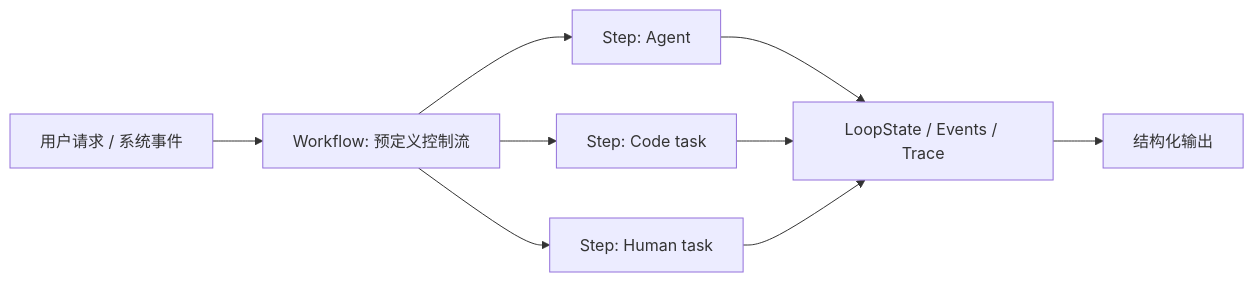
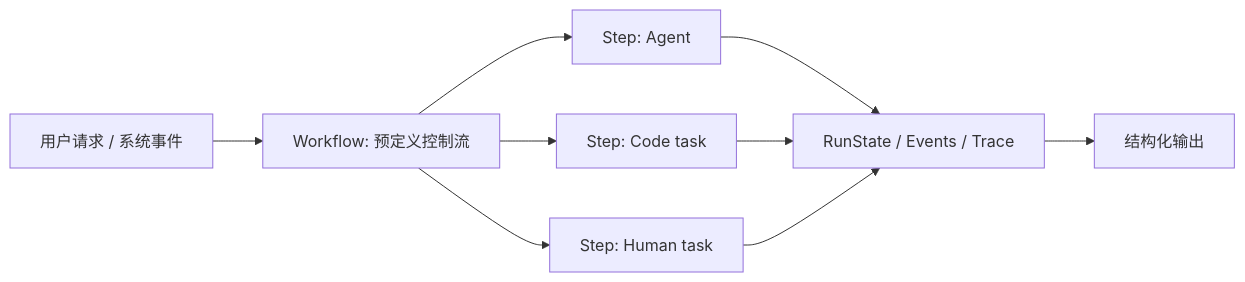
One commit to pqpo/pragma changed the first of 6 diagrams in docs/usage/workflow-patterns.md. Above: the diagram before and after it, drawn with Mermaid. The commit also changed other lines of this file and 20 other files, not shown here.

````diff
--- a/docs/usage/workflow-patterns.md
+++ b/docs/usage/workflow-patterns.md
@@ -31,11 +31,11 @@
 ```mermaid
 flowchart LR
   input[用户请求 / 系统事件] --> workflow[Workflow: 预定义控制流]
   workflow --> stepA[Step: Agent]
   workflow --> stepB[Step: Code task]
   workflow --> stepC[Step: Human task]
-  stepA --> state[LoopState / Events / Trace]
+  stepA --> state[RunState / Events / Trace]
   stepB --> state
   stepC --> state
   state --> output[结构化输出]
 ```
````
